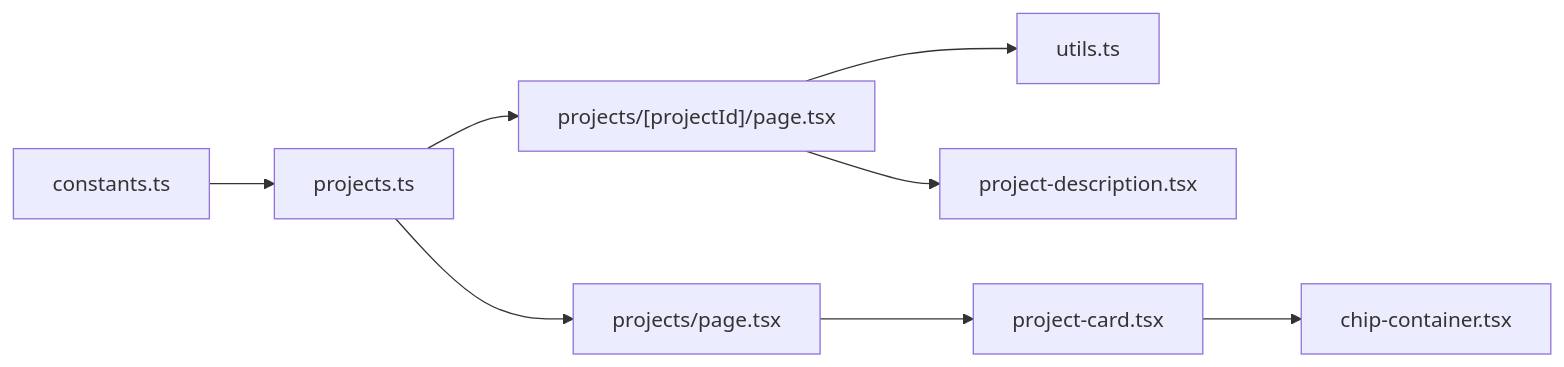
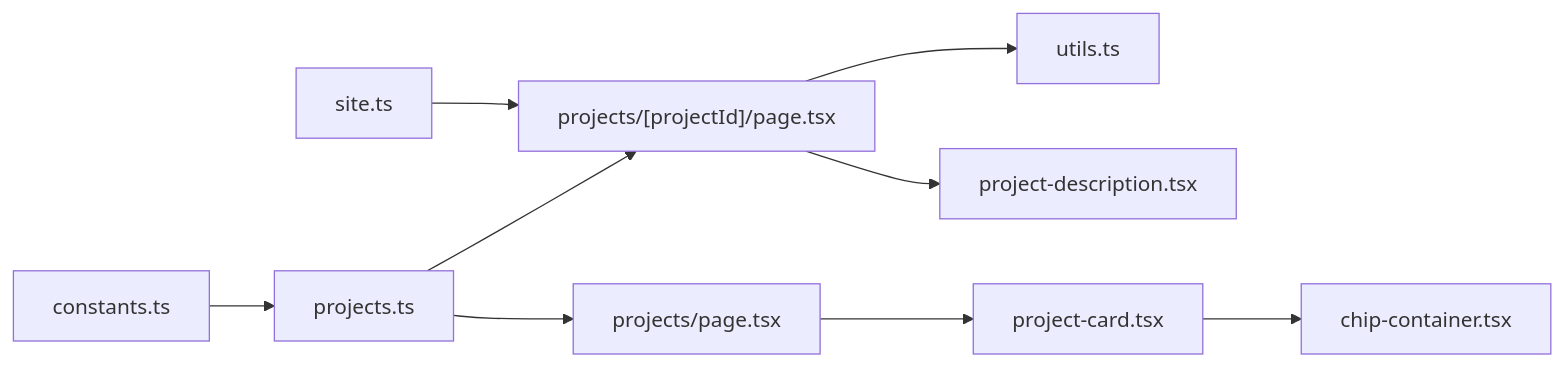
The sixth of 6 diagrams in .qoder/repowiki/zh/content/核心功能模块/项目展示模块/项目展示模块.md (florianjsun/next-portfolio), drawn with Mermaid before and after one commit. The commit also changed other lines of this file and 4 other files, not shown here.

````diff
--- a/.qoder/repowiki/zh/content/核心功能模块/项目展示模块/项目展示模块.md
+++ b/.qoder/repowiki/zh/content/核心功能模块/项目展示模块/项目展示模块.md
@@ -245,10 +271,11 @@
 ```mermaid
 graph LR
 Constants["constants.ts"] --> Projects["projects.ts"]
+SiteConfig["site.ts"] --> DetailPage["projects/[projectId]/page.tsx"]
 Projects --> ListPage["projects/page.tsx"]
-Projects --> DetailPage["projects/[projectId]/page.tsx"]
+Projects --> DetailPage
 DetailPage --> Utils["utils.ts"]
 DetailPage --> PD["project-description.tsx"]
 ListPage --> PC["project-card.tsx"]
 PC --> CC["chip-container.tsx"]
 ```
````
